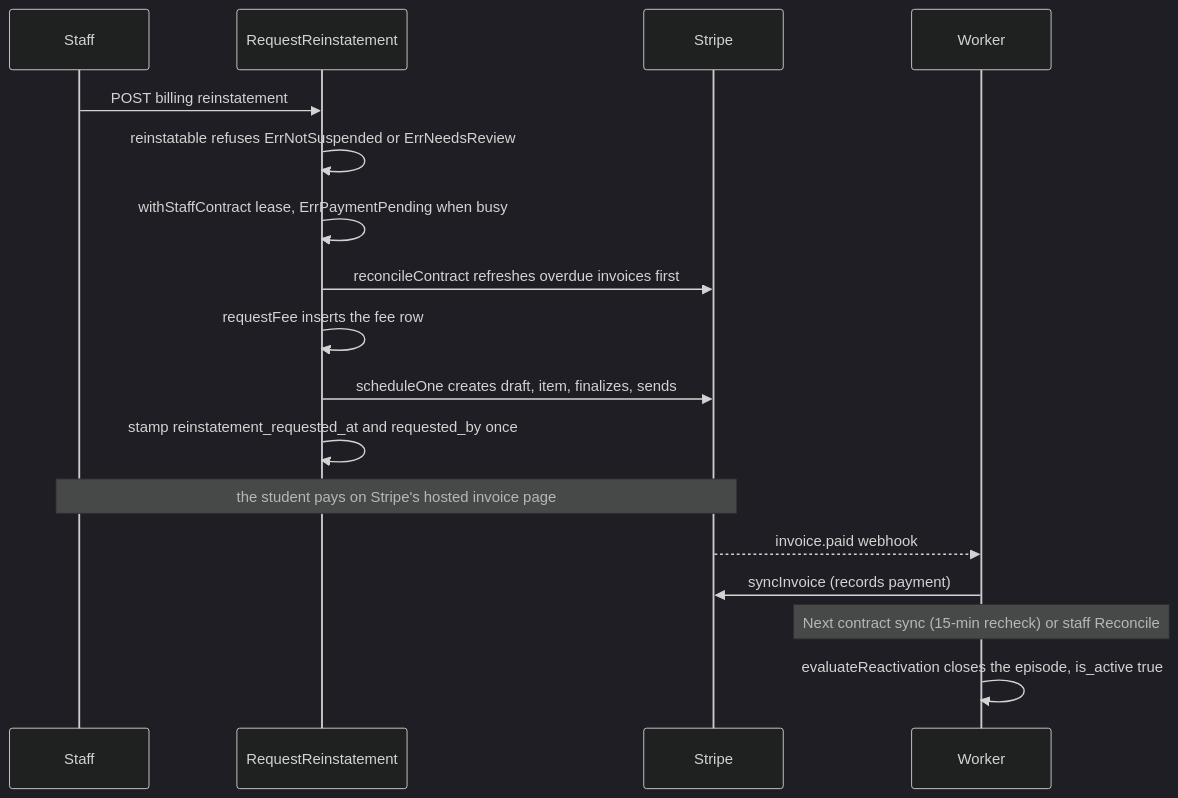
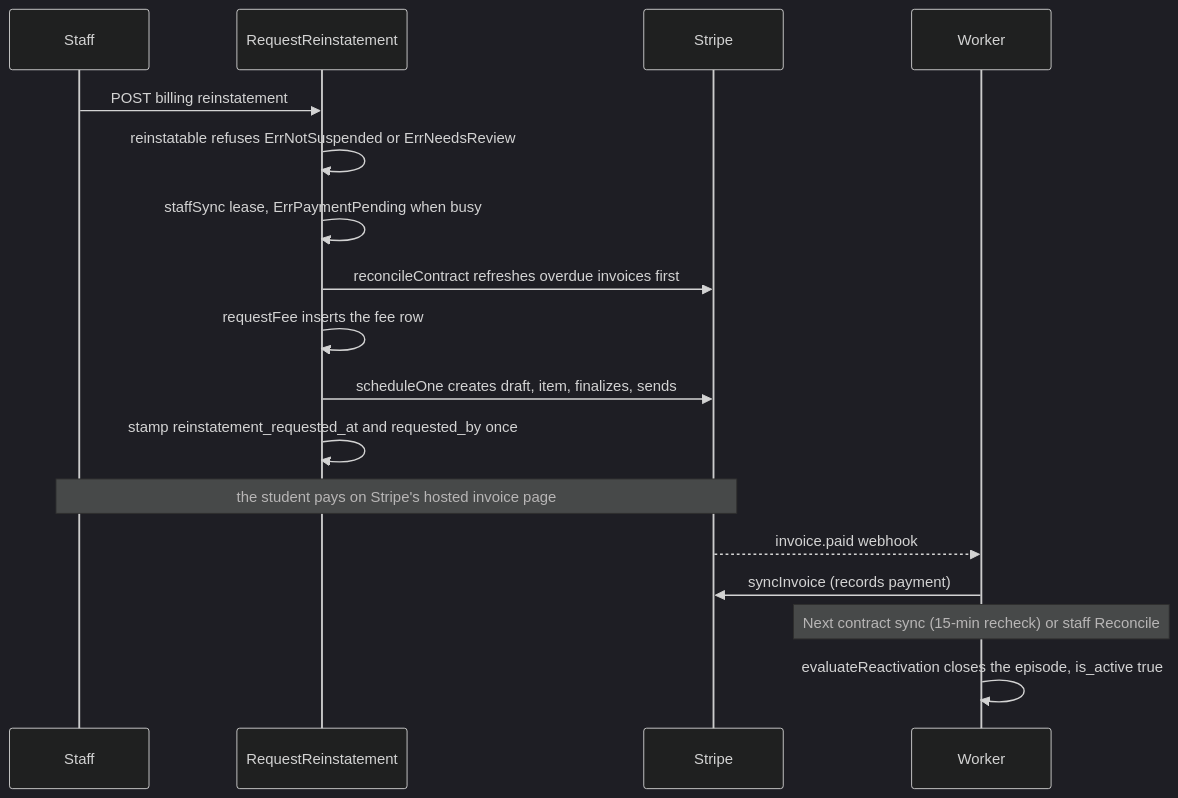
Before and after one commit to devGabriel131/ProjectHermes: the second of 2 diagrams in docs/billing/suspension.md, drawn with Mermaid (dark theme). The commit also changed other lines of this file and 38 other files, not shown here.

````diff
--- a/docs/billing/suspension.md
+++ b/docs/billing/suspension.md
@@ -76,19 +76,19 @@
 ```mermaid
 sequenceDiagram
     participant St as Staff
     participant B as RequestReinstatement
     participant S as Stripe
     participant W as Worker
     St->>B: POST billing reinstatement
     B->>B: reinstatable refuses ErrNotSuspended or ErrNeedsReview
-    B->>B: withStaffContract lease, ErrPaymentPending when busy
+    B->>B: staffSync lease, ErrPaymentPending when busy
     B->>S: reconcileContract refreshes overdue invoices first
     B->>B: requestFee inserts the fee row
     B->>S: scheduleOne creates draft, item, finalizes, sends
     B->>B: stamp reinstatement_requested_at and requested_by once
     Note over St,S: the student pays on Stripe's hosted invoice page
     S-->>W: invoice.paid webhook
     W->>S: syncInvoice (records payment)
     Note over W: Next contract sync (15-min recheck) or staff Reconcile
     W->>W: evaluateReactivation closes the episode, is_active true
 ```
````
